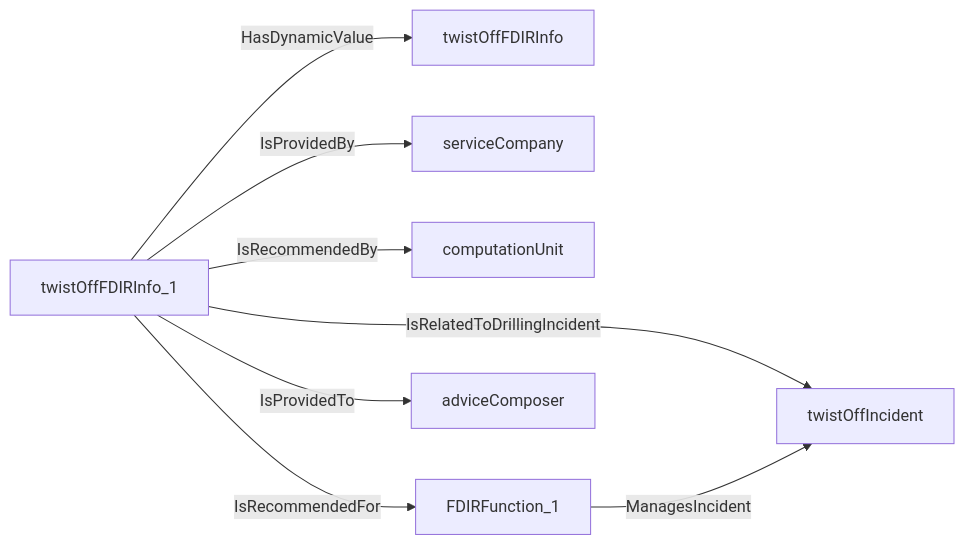
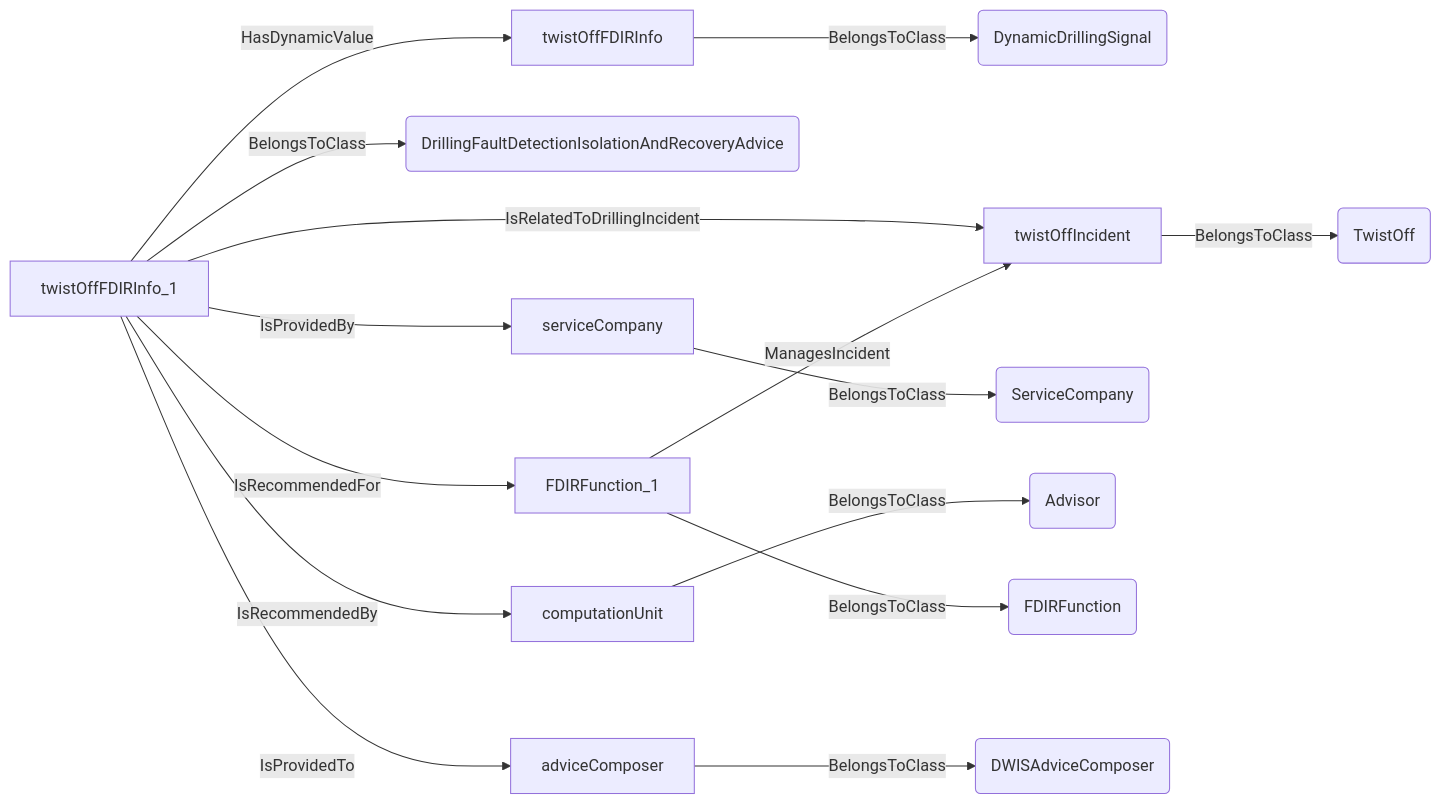
Before and after one commit to D-WIS/DDHub-Semantic-Interoperability: the third of 17 diagrams in docs/vocabulary_development/auto-generated/md/definition-files/DrillingIncident.md, drawn with Mermaid. The commit also changed other lines of this file and 14 other files, not shown here.

````diff
--- a/docs/vocabulary_development/auto-generated/md/definition-files/DrillingIncident.md
+++ b/docs/vocabulary_development/auto-generated/md/definition-files/DrillingIncident.md
@@ -178,10 +192,17 @@
 ```mermaid
 graph LR
-	N0000[twistOffFDIRInfo_1] -->|HasDynamicValue| N0001[twistOffFDIRInfo] 
-	N0000[twistOffFDIRInfo_1] -->|IsRelatedToDrillingIncident| N0002[twistOffIncident] 
-	N0000[twistOffFDIRInfo_1] -->|IsProvidedBy| N0003[serviceCompany] 
-	N0000[twistOffFDIRInfo_1] -->|IsRecommendedBy| N0004[computationUnit] 
-	N0005[FDIRFunction_1] -->|ManagesIncident| N0002[twistOffIncident] 
-	N0000[twistOffFDIRInfo_1] -->|IsRecommendedFor| N0005[FDIRFunction_1] 
-	N0000[twistOffFDIRInfo_1] -->|IsProvidedTo| N0006[adviceComposer] 
+	N0000[twistOffFDIRInfo] -->|BelongsToClass| N0001(DynamicDrillingSignal) 
+	N0002[twistOffFDIRInfo_1] -->|BelongsToClass| N0003(DrillingFaultDetectionIsolationAndRecoveryAdvice) 
+	N0002[twistOffFDIRInfo_1] -->|HasDynamicValue| N0000[twistOffFDIRInfo] 
+	N0004[twistOffIncident] -->|BelongsToClass| N0005(TwistOff) 
+	N0002[twistOffFDIRInfo_1] -->|IsRelatedToDrillingIncident| N0004[twistOffIncident] 
+	N0006[serviceCompany] -->|BelongsToClass| N0007(ServiceCompany) 
+	N0002[twistOffFDIRInfo_1] -->|IsProvidedBy| N0006[serviceCompany] 
+	N0008[computationUnit] -->|BelongsToClass| N0009(Advisor) 
+	N0002[twistOffFDIRInfo_1] -->|IsRecommendedBy| N0008[computationUnit] 
+	N0010[FDIRFunction_1] -->|BelongsToClass| N0011(FDIRFunction) 
+	N0010[FDIRFunction_1] -->|ManagesIncident| N0004[twistOffIncident] 
+	N0002[twistOffFDIRInfo_1] -->|IsRecommendedFor| N0010[FDIRFunction_1] 
+	N0012[adviceComposer] -->|BelongsToClass| N0013(DWISAdviceComposer) 
+	N0002[twistOffFDIRInfo_1] -->|IsProvidedTo| N0012[adviceComposer] 
 ```
````
